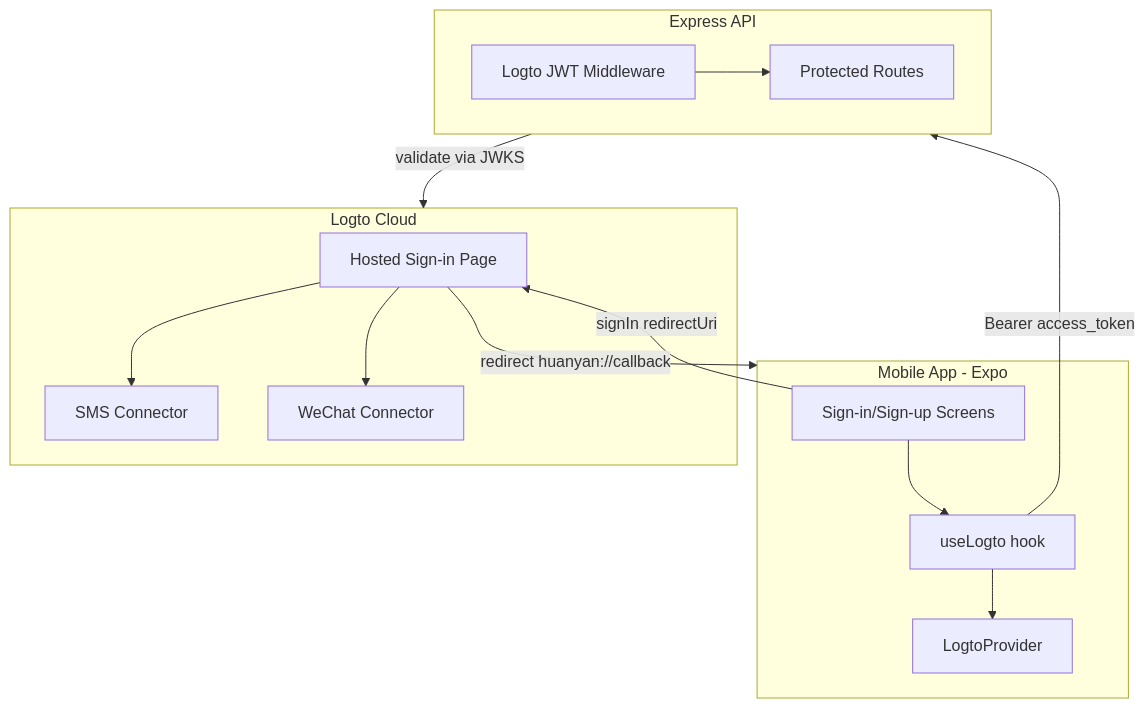
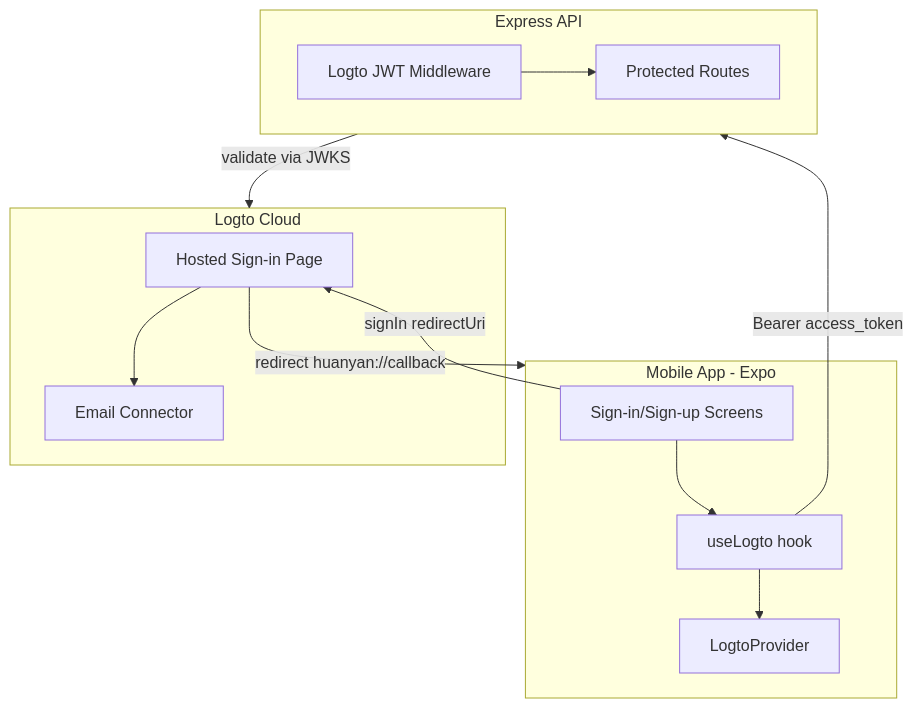
Before and after one commit to sininglyu/huanyan: the diagram in .cursor/plans/logto_auth_integration_3ab6ad45.plan.md, drawn with Mermaid. The commit also changed other lines of this file and 22 other files, not shown here.

````diff
--- a/.cursor/plans/logto_auth_integration_3ab6ad45.plan.md
+++ b/.cursor/plans/logto_auth_integration_3ab6ad45.plan.md
@@ -12,29 +75,27 @@
 ```mermaid
 flowchart TB
     subgraph Mobile [Mobile App - Expo]
         AuthScreen[Sign-in/Sign-up Screens]
         LogtoProvider[LogtoProvider]
         useLogto[useLogto hook]
         AuthScreen --> useLogto
         useLogto --> LogtoProvider
     end
     
     subgraph Logto [Logto Cloud]
         SignInPage[Hosted Sign-in Page]
-        SMS[SMS Connector]
-        WeChat[WeChat Connector]
-        SignInPage --> SMS
-        SignInPage --> WeChat
+        Email[Email Connector]
+        SignInPage --> Email
     end
     
     subgraph Backend [Express API]
         AuthMiddleware[Logto JWT Middleware]
         API[Protected Routes]
         AuthMiddleware --> API
     end
     
     AuthScreen -->|signIn redirectUri| SignInPage
     SignInPage -->|redirect huanyan://callback| Mobile
     useLogto -->|Bearer access_token| Backend
     Backend -->|validate via JWKS| Logto
 ```
````
